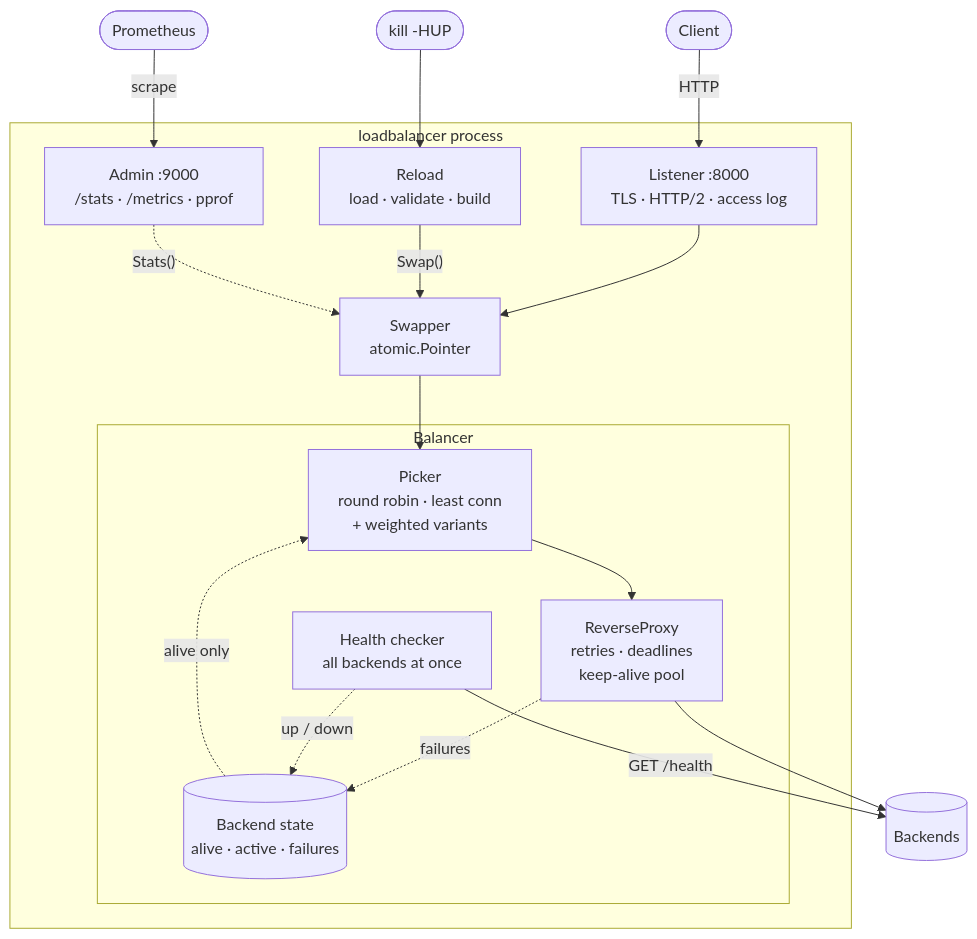
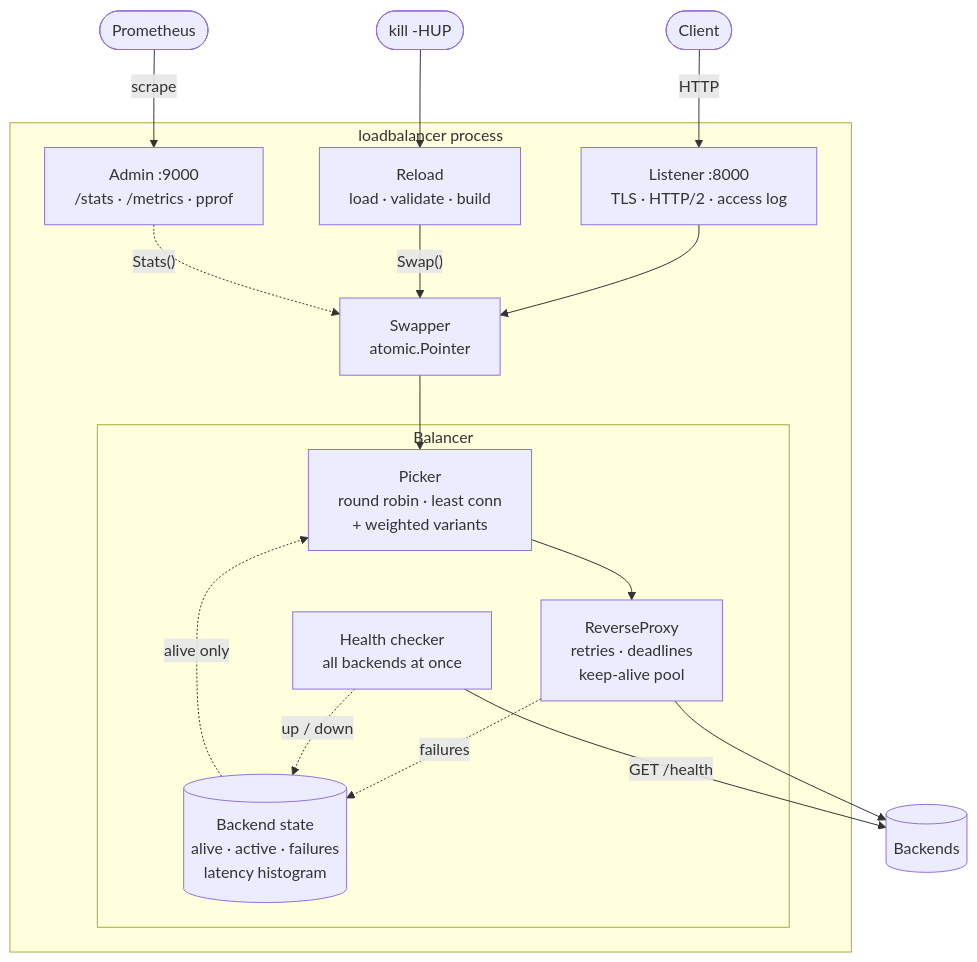
The diagram in README.md (francisco3ferraz/loadbalancer), drawn with Mermaid before and after one commit. The commit also changed other lines of this file and 3 other files, not shown here.

Commit message:
serve backend latency as a prometheus histogram

````diff
--- a/README.md
+++ b/README.md
@@ -10,24 +10,24 @@
 ```mermaid
 flowchart TB
     client([Client]) -->|HTTP| listener
 
     subgraph process [loadbalancer process]
         listener["Listener :8000<br/>TLS · HTTP/2 · access log"] --> swapper["Swapper<br/>atomic.Pointer"]
         subgraph balancer [Balancer]
             picker["Picker<br/>round robin · least conn<br/>+ weighted variants"] --> proxy["ReverseProxy<br/>retries · deadlines<br/>keep-alive pool"]
-            state[("Backend state<br/>alive · active · failures")]
+            state[("Backend state<br/>alive · active · failures<br/>latency histogram")]
             health["Health checker<br/>all backends at once"]
         end
         swapper --> picker
         state -.->|alive only| picker
         proxy -.->|failures| state
         health -.->|up / down| state
         reload["Reload<br/>load · validate · build"] -->|"Swap()"| swapper
         admin["Admin :9000<br/>/stats · /metrics · pprof"] -.->|"Stats()"| swapper
     end
 
     proxy --> backends[(Backends)]
     health -->|GET /health| backends
     sighup([kill -HUP]) --> reload
     prometheus([Prometheus]) -->|scrape| admin
 ```
````
